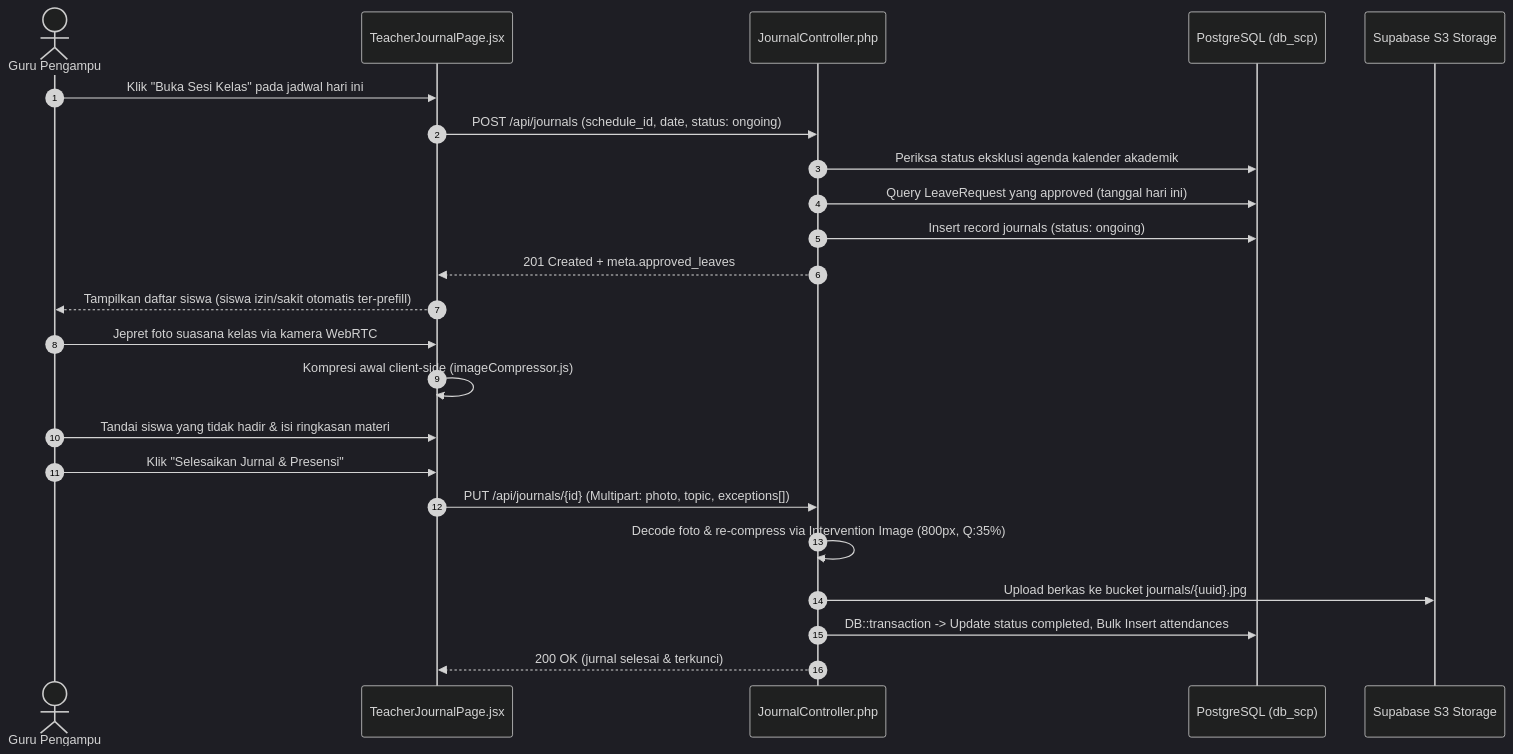
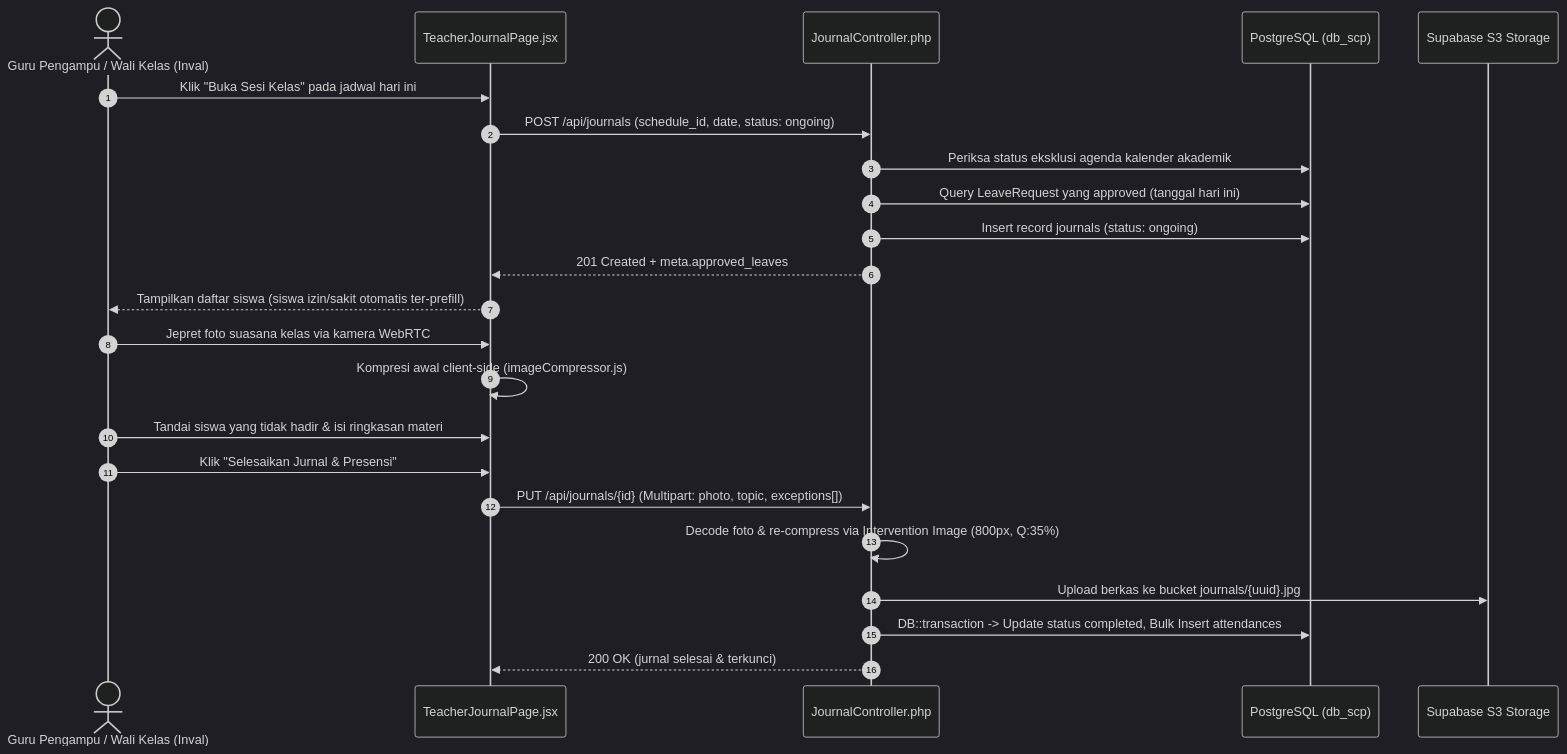
The second of 4 diagrams in README.md (lino089/SCP-Project), drawn with Mermaid (dark theme) before and after one commit. The commit also changed other lines of this file and 18 other files, not shown here.

````diff
--- a/README.md
+++ b/README.md
@@ -312,27 +331,27 @@
 ```mermaid
 sequenceDiagram
     autonumber
-    actor Guru as Guru Pengampu
+    actor Guru as Guru Pengampu / Wali Kelas (Inval)
     participant Page as TeacherJournalPage.jsx
     participant API as JournalController.php
     participant DB as PostgreSQL (db_scp)
     participant S3 as Supabase S3 Storage
 
     Guru->>Page: Klik "Buka Sesi Kelas" pada jadwal hari ini
     Page->>API: POST /api/journals (schedule_id, date, status: ongoing)
     API->>DB: Periksa status eksklusi agenda kalender akademik
     API->>DB: Query LeaveRequest yang approved (tanggal hari ini)
     API->>DB: Insert record journals (status: ongoing)
     API-->>Page: 201 Created + meta.approved_leaves
     Page-->>Guru: Tampilkan daftar siswa (siswa izin/sakit otomatis ter-prefill)
     
     Guru->>Page: Jepret foto suasana kelas via kamera WebRTC
     Page->>Page: Kompresi awal client-side (imageCompressor.js)
     Guru->>Page: Tandai siswa yang tidak hadir & isi ringkasan materi
     Guru->>Page: Klik "Selesaikan Jurnal & Presensi"
     Page->>API: PUT /api/journals/{id} (Multipart: photo, topic, exceptions[])
     API->>API: Decode foto & re-compress via Intervention Image (800px, Q:35%)
     API->>S3: Upload berkas ke bucket journals/{uuid}.jpg
     API->>DB: DB::transaction -> Update status completed, Bulk Insert attendances
     API-->>Page: 200 OK (jurnal selesai & terkunci)
 ```
````
